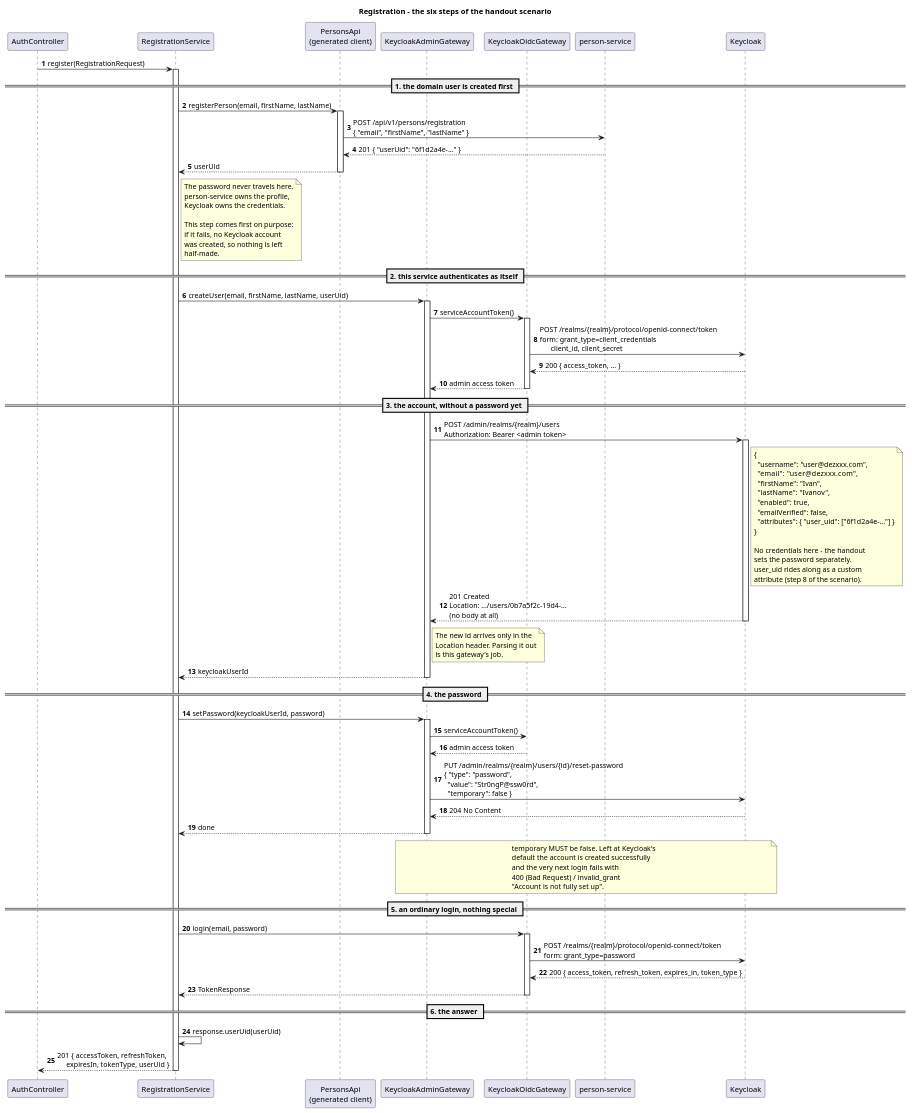
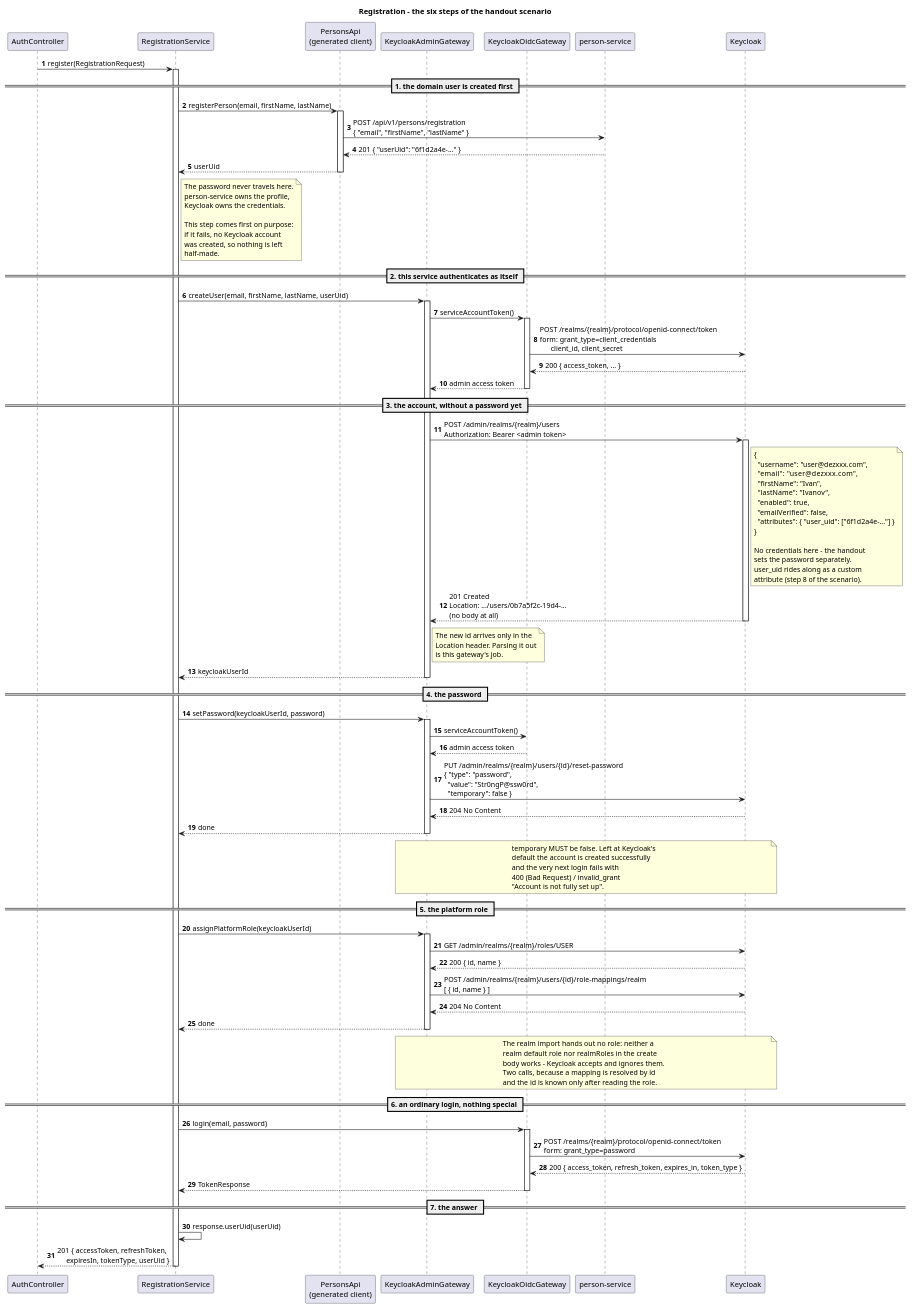
One commit to dezxxx/payment-platform changed the first of 4 diagrams in docs/keycloak-admin-gateway.puml. Above: the diagram before and after it, drawn with PlantUML. The commit also changed other lines of this file and 16 other files, not shown here.

Commit message:
docs: mirror the diagrams in Russian and match them to the code

```diff
--- a/docs/keycloak-admin-gateway.puml
+++ b/docs/keycloak-admin-gateway.puml
@@ -1,116 +1,135 @@
 @startuml admin-registration
 title Registration - the six steps of the handout scenario
 
 autonumber
 skinparam shadowing false
 
 participant "AuthController" as Ctl
 participant "RegistrationService" as Svc
 participant "PersonsApi\n(generated client)" as Person
 participant "KeycloakAdminGateway" as Admin
 participant "KeycloakOidcGateway" as Oidc
 participant "person-service" as Ps
 participant "Keycloak" as Kc
 
 Ctl -> Svc : register(RegistrationRequest)
 activate Svc
 
 == 1. the domain user is created first ==
 
 Svc -> Person : registerPerson(email, firstName, lastName)
 activate Person
 Person -> Ps : POST /api/v1/persons/registration\n{ "email", "firstName", "lastName" }
 Ps --> Person : 201 { "userUid": "6f1d2a4e-..." }
 Person --> Svc : userUid
 deactivate Person
 
 note right of Svc
   The password never travels here.
   person-service owns the profile,
   Keycloak owns the credentials.
 
   This step comes first on purpose:
   if it fails, no Keycloak account
   was created, so nothing is left
   half-made.
 end note
 
 == 2. this service authenticates as itself ==
 
 Svc -> Admin : createUser(email, firstName, lastName, userUid)
 activate Admin
 
 Admin -> Oidc : serviceAccountToken()
 activate Oidc
 Oidc -> Kc : POST /realms/{realm}/protocol/openid-connect/token\nform: grant_type=client_credentials\n      client_id, client_secret
 Kc --> Oidc : 200 { access_token, ... }
 Oidc --> Admin : admin access token
 deactivate Oidc
 
 == 3. the account, without a password yet ==
 
 Admin -> Kc : POST /admin/realms/{realm}/users\nAuthorization: Bearer <admin token>
 activate Kc
 note right of Kc
   {
     "username": "user@dezxxx.com",
     "email":    "user@dezxxx.com",
     "firstName": "Ivan",
     "lastName":  "Ivanov",
     "enabled": true,
     "emailVerified": false,
     "attributes": { "user_uid": ["6f1d2a4e-..."] }
   }
 
   No credentials here - the handout
   sets the password separately.
   user_uid rides along as a custom
   attribute (step 8 of the scenario).
 end note
 Kc --> Admin : 201 Created\nLocation: .../users/0b7a5f2c-19d4-...\n(no body at all)
 deactivate Kc
 
 note right of Admin
   The new id arrives only in the
   Location header. Parsing it out
   is this gateway's job.
 end note
 
 Admin --> Svc : keycloakUserId
 deactivate Admin
 
 == 4. the password ==
 
 Svc -> Admin : setPassword(keycloakUserId, password)
 activate Admin
 Admin -> Oidc : serviceAccountToken()
 Oidc --> Admin : admin access token
 Admin -> Kc : PUT /admin/realms/{realm}/users/{id}/reset-password\n{ "type": "password",\n  "value": "Str0ngP@ssw0rd",\n  "temporary": false }
 Kc --> Admin : 204 No Content
 Admin --> Svc : done
 deactivate Admin
 
 note over Admin, Kc
   temporary MUST be false. Left at Keycloak's
   default the account is created successfully
   and the very next login fails with
   400 (Bad Request) / invalid_grant
   "Account is not fully set up".
 end note
 
-== 5. an ordinary login, nothing special ==
+== 5. the platform role ==
+
+Svc -> Admin : assignPlatformRole(keycloakUserId)
+activate Admin
+Admin -> Kc : GET /admin/realms/{realm}/roles/USER
+Kc --> Admin : 200 { id, name }
+Admin -> Kc : POST /admin/realms/{realm}/users/{id}/role-mappings/realm\n[ { id, name } ]
+Kc --> Admin : 204 No Content
+Admin --> Svc : done
+deactivate Admin
+
+note over Admin, Kc
+  The realm import hands out no role: neither a
+  realm default role nor realmRoles in the create
+  body works - Keycloak accepts and ignores them.
+  Two calls, because a mapping is resolved by id
+  and the id is known only after reading the role.
+end note
+
+== 6. an ordinary login, nothing special ==
 
 Svc -> Oidc : login(email, password)
 activate Oidc
 Oidc -> Kc : POST /realms/{realm}/protocol/openid-connect/token\nform: grant_type=password
 Kc --> Oidc : 200 { access_token, refresh_token, expires_in, token_type }
 Oidc --> Svc : TokenResponse
 deactivate Oidc
 
-== 6. the answer ==
+== 7. the answer ==
 
 Svc -> Svc : response.userUid(userUid)
 Svc --> Ctl : 201 { accessToken, refreshToken,\n     expiresIn, tokenType, userUid }
 deactivate Svc
 
 @enduml
```
